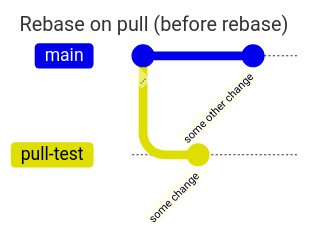
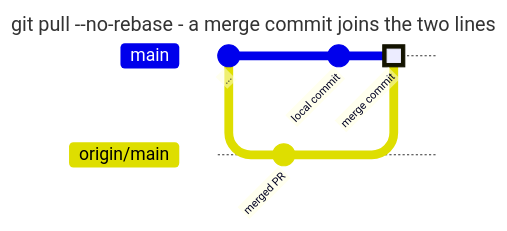
One commit to nerdschoolbergen/git changed the sixth of 7 diagrams in exercise-4/README.md. Above: the diagram before and after it, drawn with Mermaid. The commit also changed other lines of this file and 17 other files, not shown here.

````diff
--- a/exercise-4/README.md
+++ b/exercise-4/README.md
@@ -146,11 +164,12 @@
 ```mermaid
 ---
-title: Rebase on pull (before rebase)
+title: git pull --no-rebase - a merge commit joins the two lines
 ---
 gitGraph
    commit id: "..."
-   branch pull-test
-   commit id: "some change"
+   branch origin/main
+   commit id: "merged PR"
    checkout main
-   commit id: "some other change"
+   commit id: "local commit"
+   merge origin/main type: HIGHLIGHT id: "merge commit"
 ```
````
